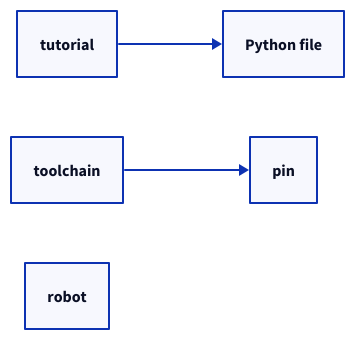
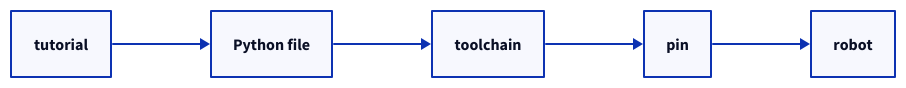
One commit to HaoZeke/what-easybuild-is-doing changed the diagram in source/_static/diagrams/journey-first-pages.d2. Above: the diagram before and after it, drawn with D2. The commit also changed 17 other files, not shown here.

First line of the commit message:
fix(book): leftover step labels, catalog C, and disconnected diagrams

```diff
--- a/source/_static/diagrams/journey-first-pages.d2
+++ b/source/_static/diagrams/journey-first-pages.d2
@@ -1,8 +1,10 @@
 direction: right
 n0: "tutorial"
 n1: "Python file"
 n2: "toolchain"
 n3: "pin"
 n4: "robot"
 n0 -> n1
+n1 -> n2
 n2 -> n3
+n3 -> n4
```
